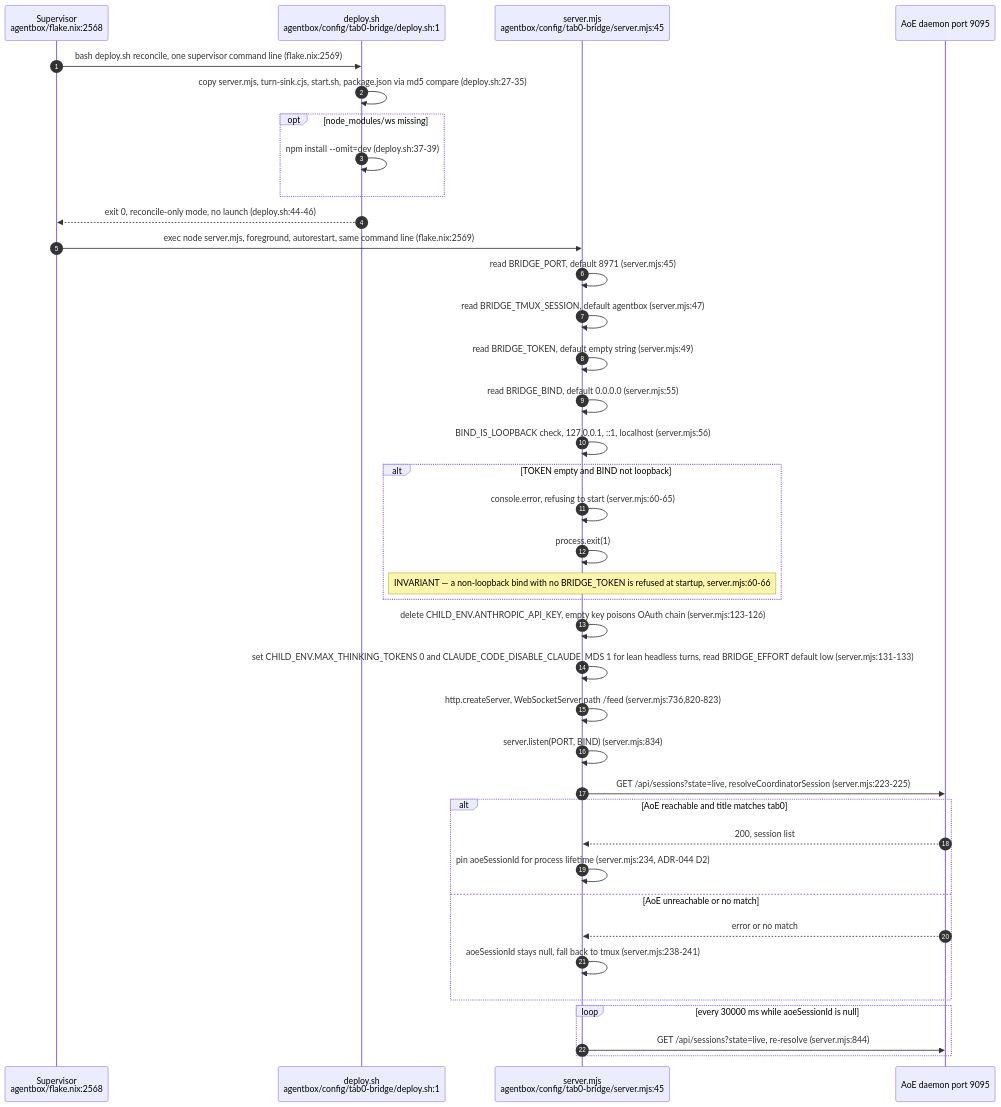
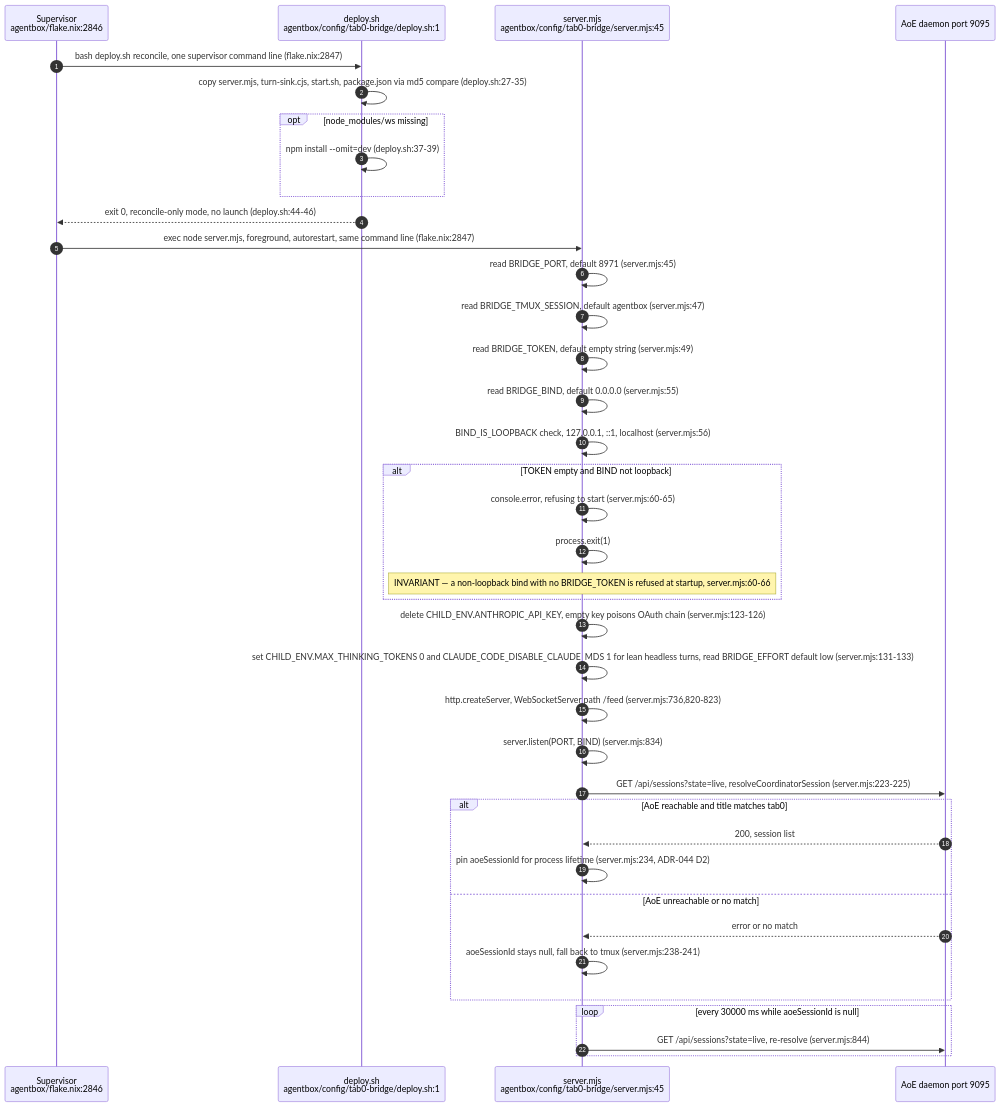
Before and after one commit to DreamLab-AI/VisionFlow: the first of 11 diagrams in docs/diagrams/agentbox/12-tab0-bridge-and-interaction-plane.md, drawn with Mermaid. The commit also changed other lines of this file and 111 other files, not shown here.

Commit message:
docs(diagrams): align estate maps with current source

````diff
--- a/docs/diagrams/agentbox/12-tab0-bridge-and-interaction-plane.md
+++ b/docs/diagrams/agentbox/12-tab0-bridge-and-interaction-plane.md
@@ -34,41 +34,41 @@
 ```mermaid
 sequenceDiagram
     autonumber
-    participant Sup as Supervisor<br/>agentbox/flake.nix:2568
+    participant Sup as Supervisor<br/>agentbox/flake.nix:2846
     participant Dep as deploy.sh<br/>agentbox/config/tab0-bridge/deploy.sh:1
     participant Node as server.mjs<br/>agentbox/config/tab0-bridge/server.mjs:45
     participant AoEd as AoE daemon port 9095
 
-    Sup->>Dep: bash deploy.sh reconcile, one supervisor command line (flake.nix:2569)
+    Sup->>Dep: bash deploy.sh reconcile, one supervisor command line (flake.nix:2847)
     Dep->>Dep: copy server.mjs, turn-sink.cjs, start.sh, package.json via md5 compare (deploy.sh:27-35)
     opt node_modules/ws missing
         Dep->>Dep: npm install --omit=dev (deploy.sh:37-39)
     end
     Dep-->>Sup: exit 0, reconcile-only mode, no launch (deploy.sh:44-46)
-    Sup->>Node: exec node server.mjs, foreground, autorestart, same command line (flake.nix:2569)
+    Sup->>Node: exec node server.mjs, foreground, autorestart, same command line (flake.nix:2847)
     Node->>Node: read BRIDGE_PORT, default 8971 (server.mjs:45)
     Node->>Node: read BRIDGE_TMUX_SESSION, default agentbox (server.mjs:47)
     Node->>Node: read BRIDGE_TOKEN, default empty string (server.mjs:49)
     Node->>Node: read BRIDGE_BIND, default 0.0.0.0 (server.mjs:55)
     Node->>Node: BIND_IS_LOOPBACK check, 127.0.0.1, ::1, localhost (server.mjs:56)
     alt TOKEN empty and BIND not loopback
         Node->>Node: console.error, refusing to start (server.mjs:60-65)
         Node->>Node: process.exit(1)
         Note over Node: INVARIANT — a non-loopback bind with no BRIDGE_TOKEN is refused at startup, server.mjs:60-66
     end
     Node->>Node: delete CHILD_ENV.ANTHROPIC_API_KEY, empty key poisons OAuth chain (server.mjs:123-126)
     Node->>Node: set CHILD_ENV.MAX_THINKING_TOKENS 0 and CLAUDE_CODE_DISABLE_CLAUDE_MDS 1 for lean headless turns, read BRIDGE_EFFORT default low (server.mjs:131-133)
     Node->>Node: http.createServer, WebSocketServer path /feed (server.mjs:736,820-823)
     Node->>Node: server.listen(PORT, BIND) (server.mjs:834)
     Node->>AoEd: GET /api/sessions?state=live, resolveCoordinatorSession (server.mjs:223-225)
     alt AoE reachable and title matches tab0
         AoEd-->>Node: 200, session list
         Node->>Node: pin aoeSessionId for process lifetime (server.mjs:234, ADR-044 D2)
     else AoE unreachable or no match
         AoEd-->>Node: error or no match
         Node->>Node: aoeSessionId stays null, fall back to tmux (server.mjs:238-241)
     end
     loop every 30000 ms while aoeSessionId is null
         Node->>AoEd: GET /api/sessions?state=live, re-resolve (server.mjs:844)
     end
 ```
````
